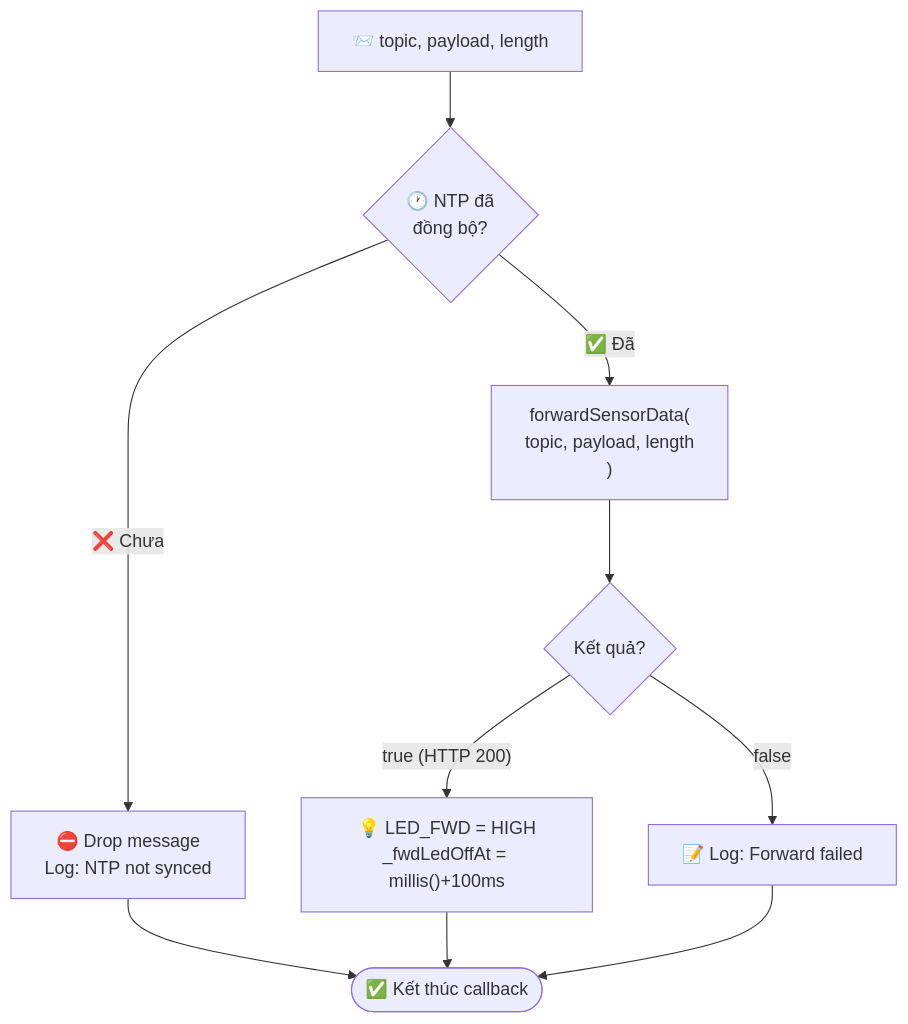
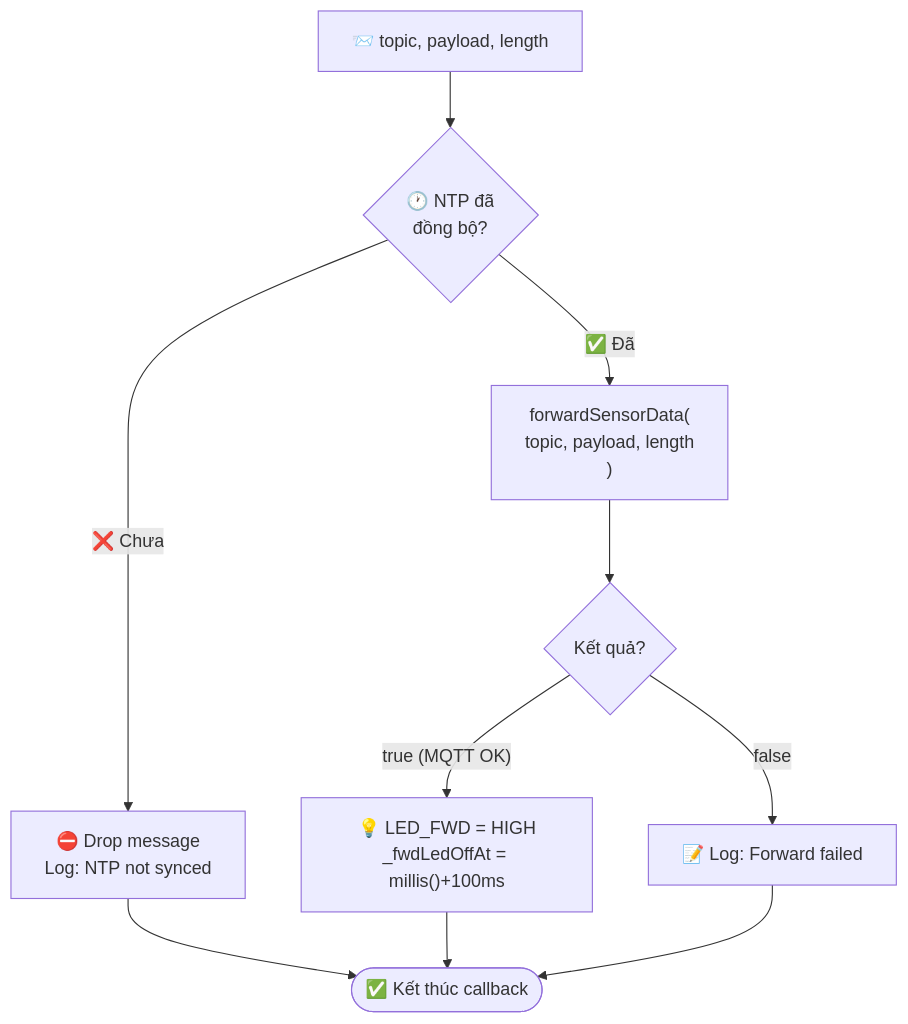
The ninth of 15 diagrams in FIRMWARE_FLOWCHART.md (Noxxsanl/manageDeviceIoT), drawn with Mermaid before and after one commit. The commit also changed other lines of this file and 18 other files, not shown here.

````diff
--- a/FIRMWARE_FLOWCHART.md
+++ b/FIRMWARE_FLOWCHART.md
@@ -214,17 +216,17 @@
 ```mermaid
 flowchart TD
     IN3["📨 topic, payload, length"]
     CHK_NTP{"🕐 NTP đã\nđồng bộ?"}
     DROP["⛔ Drop message\nLog: NTP not synced"]
     FWD["forwardSensorData(\n  topic, payload, length\n)"]
     RES3{Kết quả?}
     LED_ON["💡 LED_FWD = HIGH\n_fwdLedOffAt = millis()+100ms"]
     LOG_F["📝 Log: Forward failed"]
     END3(["✅ Kết thúc callback"])
 
     IN3 --> CHK_NTP
     CHK_NTP -->|"❌ Chưa"| DROP --> END3
     CHK_NTP -->|"✅ Đã"| FWD --> RES3
-    RES3 -->|"true (HTTP 200)"| LED_ON --> END3
+    RES3 -->|"true (MQTT OK)"| LED_ON --> END3
     RES3 -->|"false"| LOG_F --> END3
 ```
````
